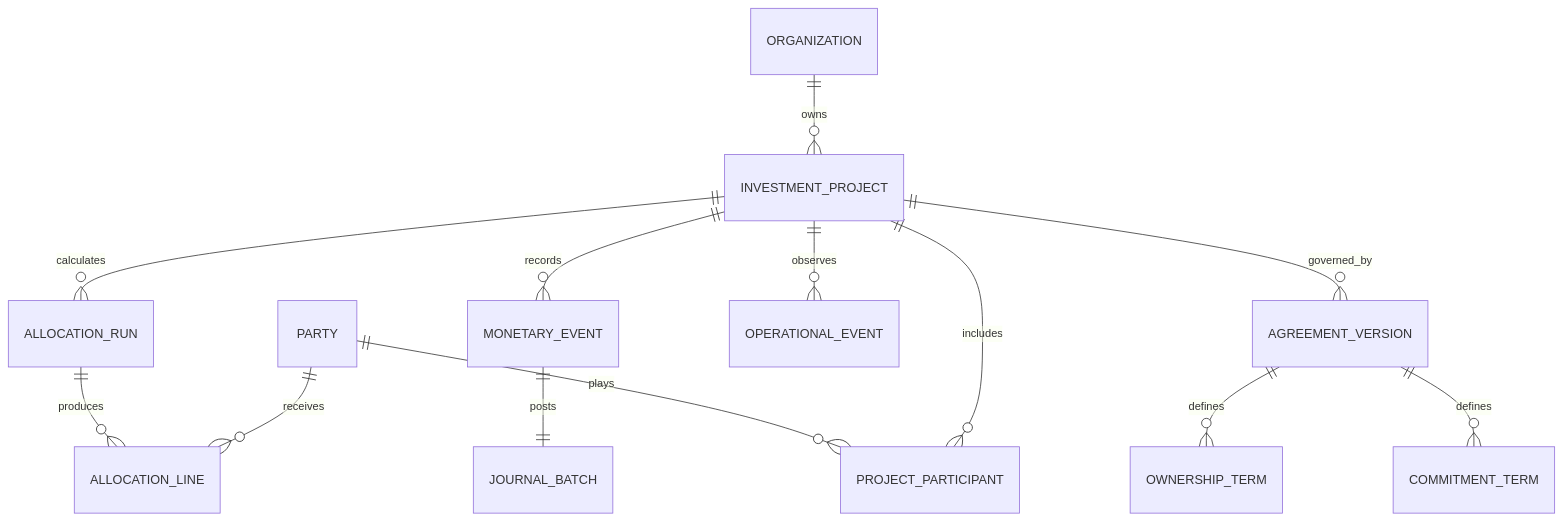
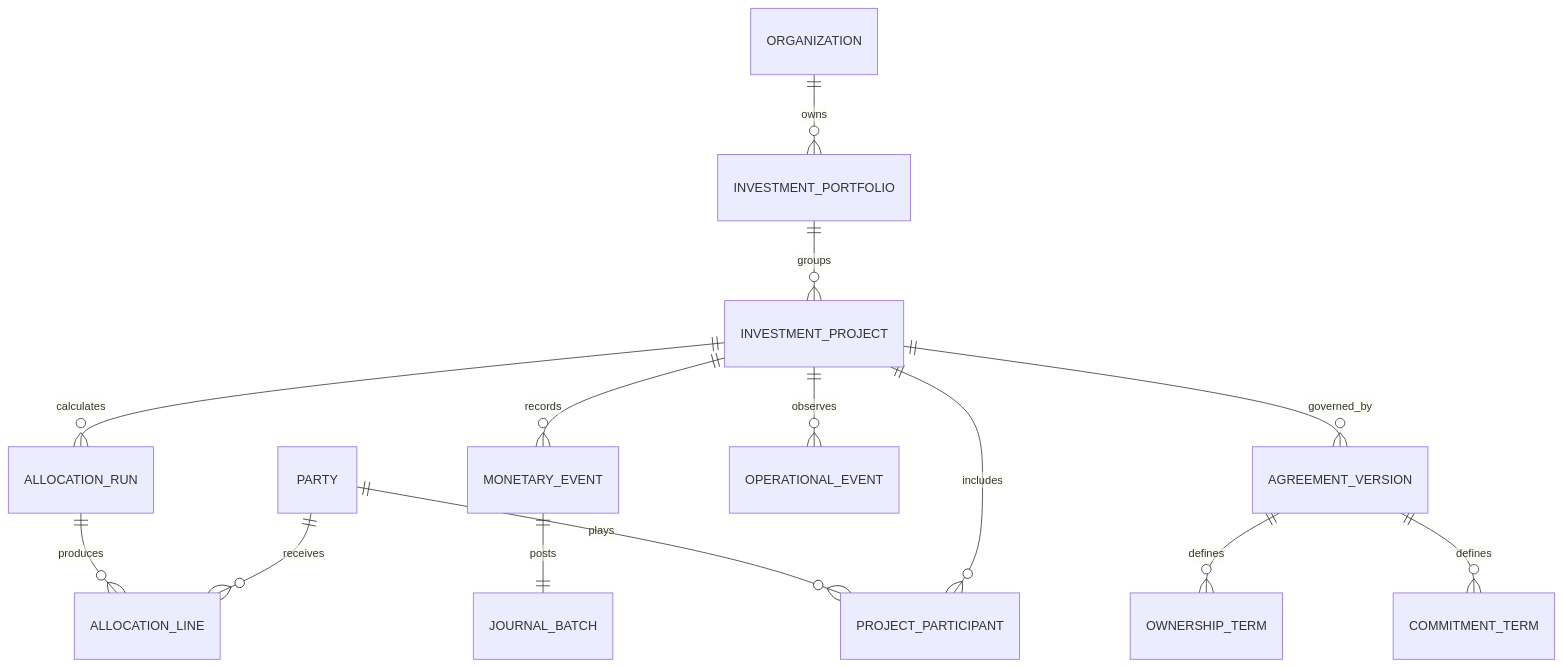
Before and after one commit to mohamedmasoud3030-tech/Terranex: the second of 2 diagrams in docs/greenfield/03_DOMAIN_MODEL.md, drawn with Mermaid. The commit also changed other lines of this file, not shown here.

Commit message:
docs(r0): define portfolio domain and investor hard stop

````diff
--- a/docs/greenfield/03_DOMAIN_MODEL.md
+++ b/docs/greenfield/03_DOMAIN_MODEL.md
@@ -149,15 +158,16 @@
 ```mermaid
 erDiagram
-  ORGANIZATION ||--o{ INVESTMENT_PROJECT : owns
+  ORGANIZATION ||--o{ INVESTMENT_PORTFOLIO : owns
+  INVESTMENT_PORTFOLIO ||--o{ INVESTMENT_PROJECT : groups
   PARTY ||--o{ PROJECT_PARTICIPANT : plays
   INVESTMENT_PROJECT ||--o{ PROJECT_PARTICIPANT : includes
   INVESTMENT_PROJECT ||--o{ AGREEMENT_VERSION : governed_by
   AGREEMENT_VERSION ||--o{ COMMITMENT_TERM : defines
   AGREEMENT_VERSION ||--o{ OWNERSHIP_TERM : defines
   INVESTMENT_PROJECT ||--o{ MONETARY_EVENT : records
   MONETARY_EVENT ||--|| JOURNAL_BATCH : posts
   INVESTMENT_PROJECT ||--o{ OPERATIONAL_EVENT : observes
   INVESTMENT_PROJECT ||--o{ ALLOCATION_RUN : calculates
   ALLOCATION_RUN ||--o{ ALLOCATION_LINE : produces
   PARTY ||--o{ ALLOCATION_LINE : receives
 ```
````
